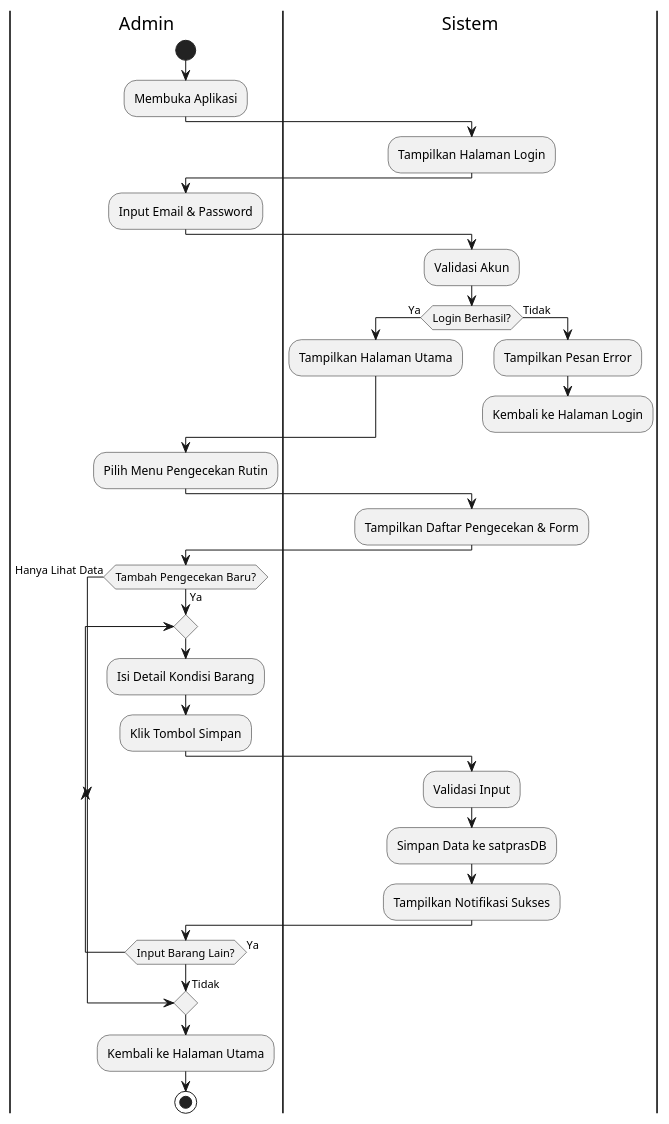
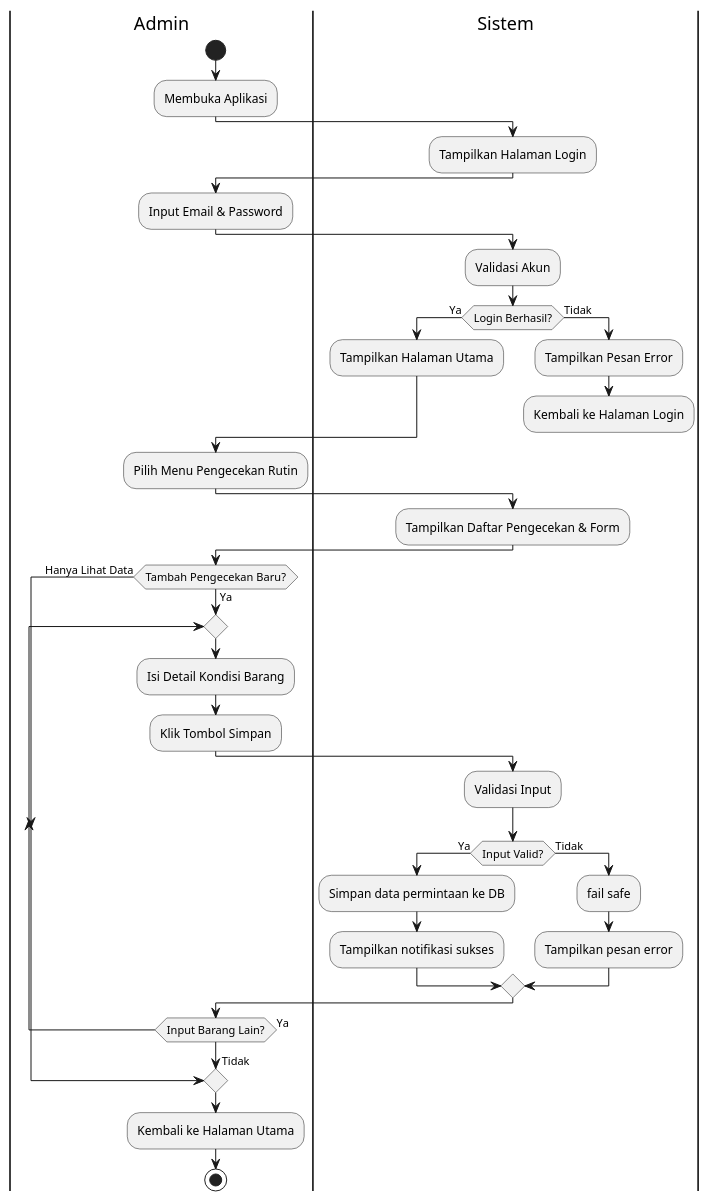
Before and after one commit to Fannandya/diagramPABD: the diagram in Activity Diagram/activityPengecekanRutin.puml, drawn with PlantUML.

Commit message:
update pengecekan rutin 1

```diff
--- a/Activity Diagram/activityPengecekanRutin.puml
+++ b/Activity Diagram/activityPengecekanRutin.puml
@@ -1,51 +1,56 @@
 @startuml activityPengecekanRutin
 
 |Admin|
 start
 :Membuka Aplikasi;
 
 |Sistem|
 :Tampilkan Halaman Login;
 
 |Admin|
 :Input Email & Password;
 
 |Sistem|
 :Validasi Akun;
 if (Login Berhasil?) then (Ya)
   :Tampilkan Halaman Utama;
 else (Tidak)
   :Tampilkan Pesan Error;
   :Kembali ke Halaman Login;
   detach
 endif
 
 |Admin|
 :Pilih Menu Pengecekan Rutin;
 
 |Sistem|
 :Tampilkan Daftar Pengecekan & Form;
 
 |Admin|
 if (Tambah Pengecekan Baru?) then (Ya)
   repeat
     |Admin|
     :Isi Detail Kondisi Barang;
     :Klik Tombol Simpan;
     
     |Sistem|
     :Validasi Input;
-    :Simpan Data ke satprasDB;
-    :Tampilkan Notifikasi Sukses;
+    if (Input Valid?) then (Ya)
+      :Simpan data permintaan ke DB;
+      :Tampilkan notifikasi sukses;
+    else (Tidak)
+      :fail safe;
+      :Tampilkan pesan error;
+    endif
     
     |Admin|
   repeat while (Input Barang Lain?) is (Ya)
   ->Tidak;
 else (Hanya Lihat Data)
 endif
 
 |Admin|
 :Kembali ke Halaman Utama;
 stop
 
 @enduml
```
